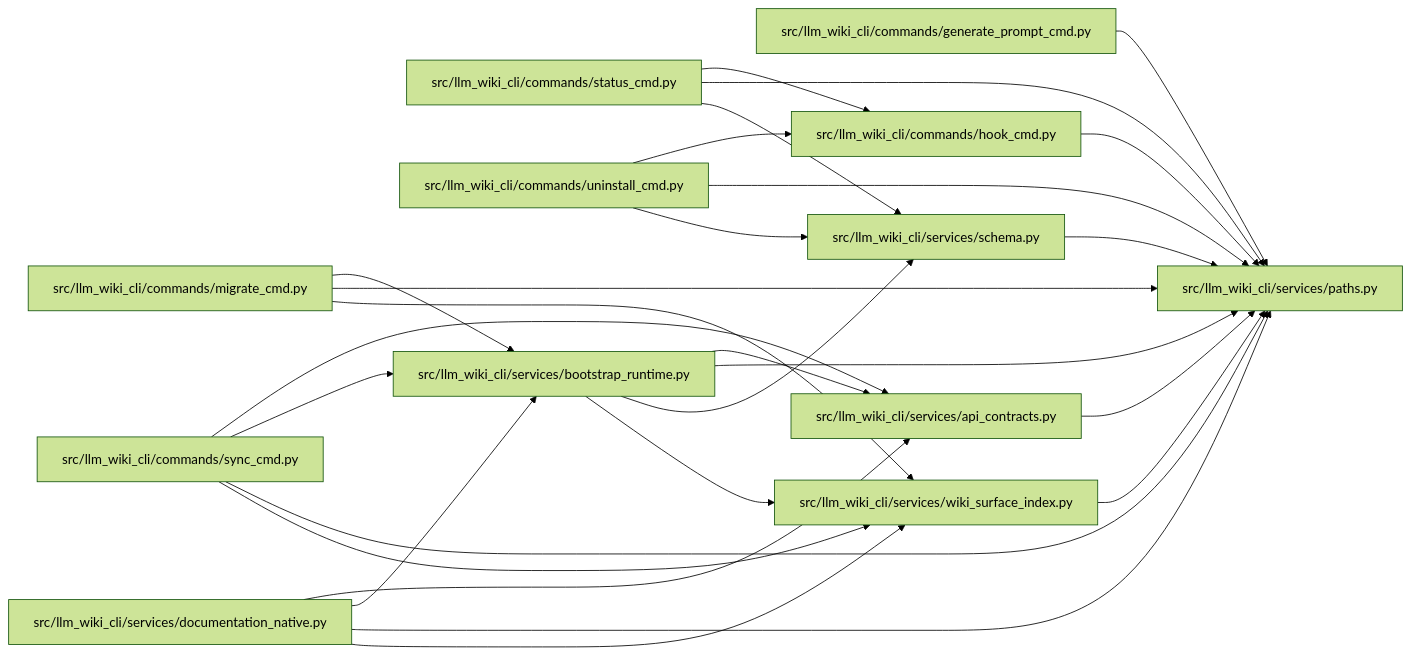
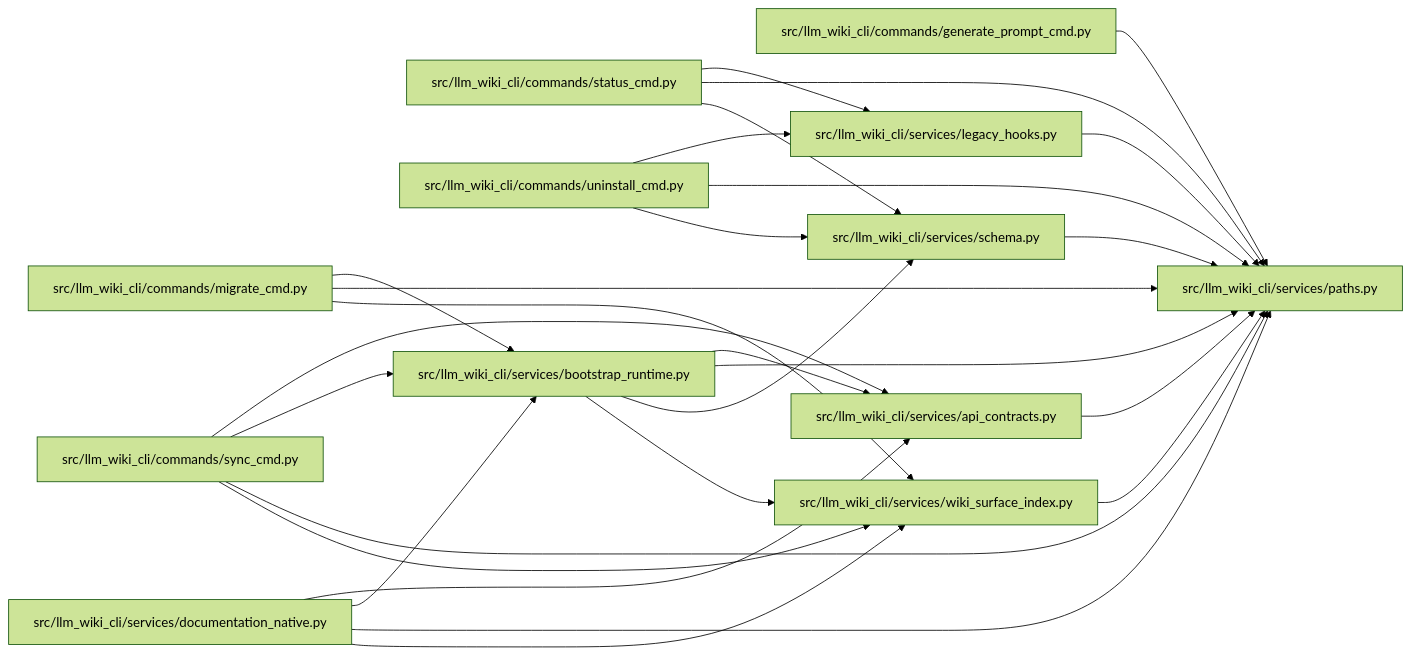
One commit to Denissvgn/python-wiki-llm changed the diagram in docs/llm_wiki/modules/paths.md. Above: the diagram before and after it, drawn with Mermaid (forest theme). The commit also changed other lines of this file and 35 other files, not shown here.

Commit message:
docs: refresh wiki after Git hook retirement

````diff
--- a/docs/llm_wiki/modules/paths.md
+++ b/docs/llm_wiki/modules/paths.md
@@ -20,53 +20,53 @@
 ```mermaid
 flowchart LR
     n0["src/llm_wiki_cli/commands/generate_prompt_cmd.py"]
-    n1["src/llm_wiki_cli/commands/hook_cmd.py"]
-    n2["src/llm_wiki_cli/commands/migrate_cmd.py"]
-    n3["src/llm_wiki_cli/commands/status_cmd.py"]
-    n4["src/llm_wiki_cli/commands/sync_cmd.py"]
-    n5["src/llm_wiki_cli/commands/uninstall_cmd.py"]
-    n6["src/llm_wiki_cli/services/api_contracts.py"]
-    n7["src/llm_wiki_cli/services/bootstrap_runtime.py"]
-    n8["src/llm_wiki_cli/services/documentation_native.py"]
+    n1["src/llm_wiki_cli/commands/migrate_cmd.py"]
+    n2["src/llm_wiki_cli/commands/status_cmd.py"]
+    n3["src/llm_wiki_cli/commands/sync_cmd.py"]
+    n4["src/llm_wiki_cli/commands/uninstall_cmd.py"]
+    n5["src/llm_wiki_cli/services/api_contracts.py"]
+    n6["src/llm_wiki_cli/services/bootstrap_runtime.py"]
+    n7["src/llm_wiki_cli/services/documentation_native.py"]
+    n8["src/llm_wiki_cli/services/legacy_hooks.py"]
     n9["src/llm_wiki_cli/services/paths.py"]
     n10["src/llm_wiki_cli/services/schema.py"]
     n11["src/llm_wiki_cli/services/wiki_surface_index.py"]
     n0 --> n9
+    n1 --> n6
     n1 --> n9
-    n2 --> n7
+    n1 --> n11
+    n2 --> n8
     n2 --> n9
-    n2 --> n11
-    n3 --> n1
+    n2 --> n10
+    n3 --> n5
+    n3 --> n6
     n3 --> n9
-    n3 --> n10
-    n4 --> n6
-    n4 --> n7
+    n3 --> n11
+    n4 --> n8
     n4 --> n9
-    n4 --> n11
-    n5 --> n1
+    n4 --> n10
     n5 --> n9
-    n5 --> n10
+    n6 --> n5
     n6 --> n9
+    n6 --> n10
+    n6 --> n11
+    n7 --> n5
     n7 --> n6
     n7 --> n9
-    n7 --> n10
     n7 --> n11
-    n8 --> n6
-    n8 --> n7
     n8 --> n9
-    n8 --> n11
     n10 --> n9
     n11 --> n9
     click n0 "../modules/generate_prompt_cmd.md"
-    click n1 "../modules/hook_cmd.md"
-    click n2 "../modules/migrate_cmd.md"
-    click n3 "../modules/status_cmd.md"
-    click n4 "../modules/sync_cmd.md"
-    click n5 "../modules/uninstall_cmd.md"
-    click n6 "../modules/api_contracts.md"
-    click n7 "../modules/bootstrap_runtime.md"
-    click n8 "../modules/documentation_native.md"
+    click n1 "../modules/migrate_cmd.md"
+    click n2 "../modules/status_cmd.md"
+    click n3 "../modules/sync_cmd.md"
+    click n4 "../modules/uninstall_cmd.md"
+    click n5 "../modules/api_contracts.md"
+    click n6 "../modules/bootstrap_runtime.md"
+    click n7 "../modules/documentation_native.md"
+    click n8 "../modules/legacy_hooks.md"
     click n9 "../modules/paths.md"
     click n10 "../modules/services_schema.md"
     click n11 "../modules/wiki_surface_index.md"
 ```
````
